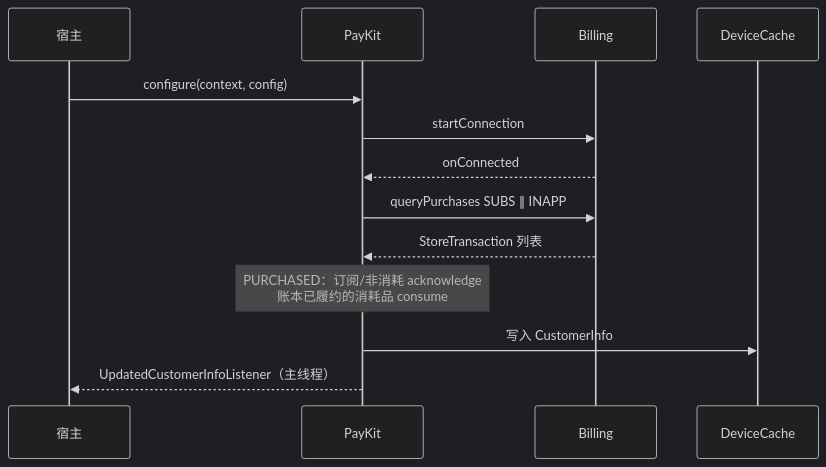
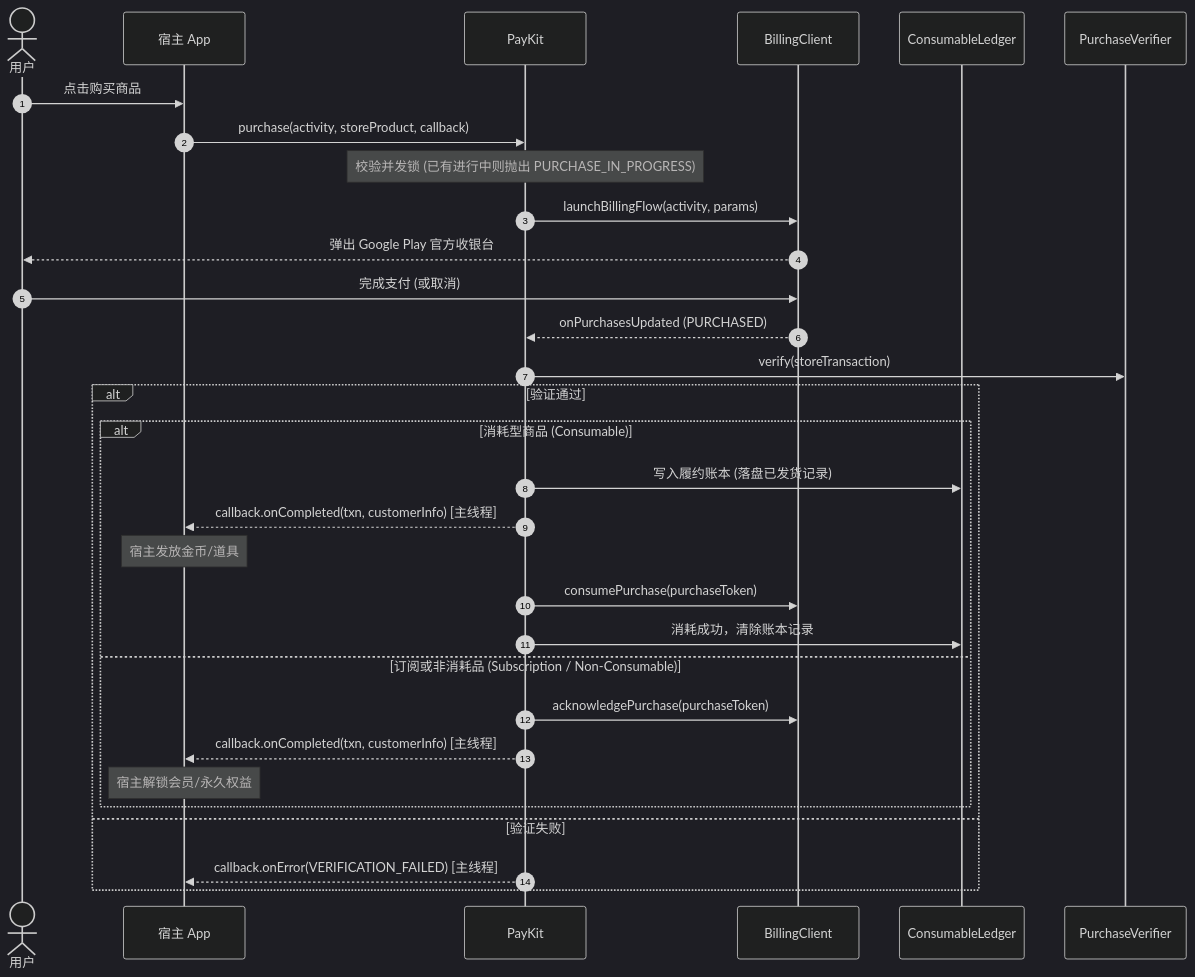
One commit to e-hai/PayKit-Android changed the second of 2 diagrams in README.md. Above: the diagram before and after it, drawn with Mermaid (dark theme). The commit also changed other lines of this file and 4 other files, not shown here.

````diff
--- a/README.md
+++ b/README.md
@@ -61,16 +60,34 @@
 ```mermaid
 sequenceDiagram
-    participant App as 宿主
+    autonumber
+    actor User as 用户
+    participant App as 宿主 App
     participant PK as PayKit
-    participant GB as Billing
-    participant Cache as DeviceCache
+    participant GB as BillingClient
+    participant CL as ConsumableLedger
+    participant Verifier as PurchaseVerifier
 
-    App->>PK: configure(context, config)
-    PK->>GB: startConnection
-    GB-->>PK: onConnected
-    PK->>GB: queryPurchases SUBS ∥ INAPP
-    GB-->>PK: StoreTransaction 列表
-    Note over PK: PURCHASED：订阅/非消耗 acknowledge<br/>账本已履约的消耗品 consume
-    PK->>Cache: 写入 CustomerInfo
-    PK-->>App: UpdatedCustomerInfoListener（主线程）
+    User->>App: 点击购买商品
+    App->>PK: purchase(activity, storeProduct, callback)
+    Note over PK: 校验并发锁 (已有进行中则抛出 PURCHASE_IN_PROGRESS)
+    PK->>GB: launchBillingFlow(activity, params)
+    GB-->>User: 弹出 Google Play 官方收银台
+    User->>GB: 完成支付 (或取消)
+    GB-->>PK: onPurchasesUpdated (PURCHASED)
+    PK->>Verifier: verify(storeTransaction)
+    alt 验证通过
+        alt 消耗型商品 (Consumable)
+            PK->>CL: 写入履约账本 (落盘已发货记录)
+            PK-->>App: callback.onCompleted(txn, customerInfo) [主线程]
+            Note over App: 宿主发放金币/道具
+            PK->>GB: consumePurchase(purchaseToken)
+            PK->>CL: 消耗成功，清除账本记录
+        else 订阅或非消耗品 (Subscription / Non-Consumable)
+            PK->>GB: acknowledgePurchase(purchaseToken)
+            PK-->>App: callback.onCompleted(txn, customerInfo) [主线程]
+            Note over App: 宿主解锁会员/永久权益
+        end
+    else 验证失败
+        PK-->>App: callback.onError(VERIFICATION_FAILED) [主线程]
+    end
 ```
````
